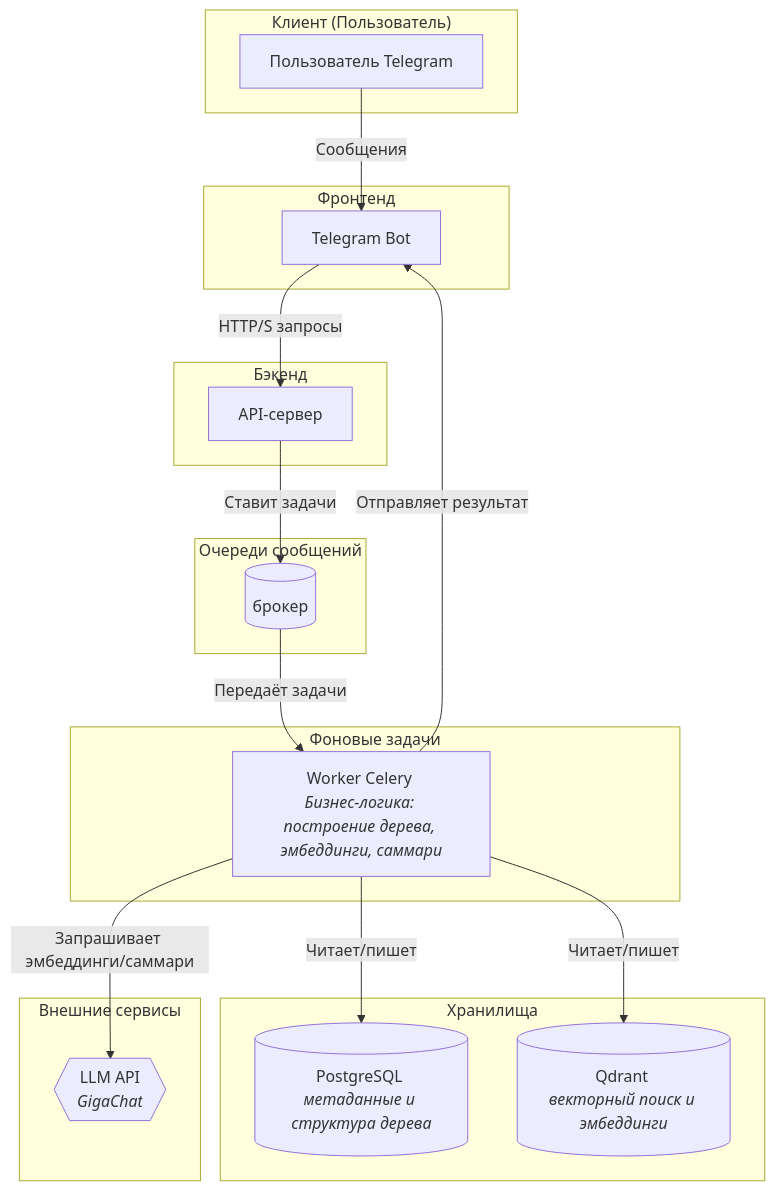
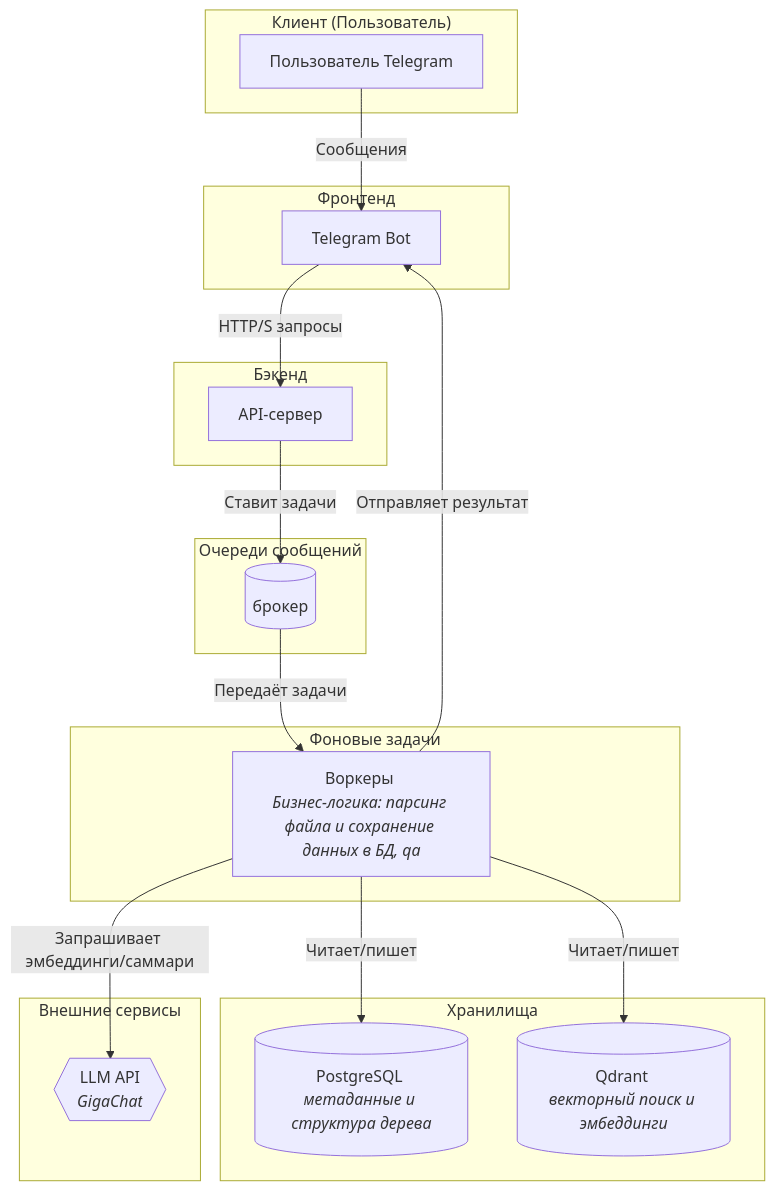
Before and after one commit to patolog123/Analyst-3.0: the diagram in Анастасия_Друзьянова/architect.MD, drawn with Mermaid.

````diff
--- a/Анастасия_Друзьянова/architect.MD
+++ b/Анастасия_Друзьянова/architect.MD
@@ -1,41 +1,41 @@
 ```mermaid
 graph TD
     subgraph "Клиент (Пользователь)"
         A[Пользователь Telegram]
     end
 
     subgraph "Фронтенд"
         B[Telegram Bot]
     end
 
     subgraph "Бэкенд"
         C[API-сервер]
     end
 
     subgraph "Очереди сообщений"
         J[(брокер)]
     end
 
     subgraph "Фоновые задачи"
-        F[Worker Celery <br><i>Бизнес-логика: построение дерева, эмбеддинги, саммари</i>]
+        F[Воркеры <br><i>Бизнес-логика: парсинг файла и сохранение данных в БД, qa</i>]
     end
 
     subgraph "Хранилища"
         G[(PostgreSQL <br><i>метаданные и структура дерева</i>)]
         I[(Qdrant <br><i>векторный поиск и эмбеддинги</i>)]
     end
 
     subgraph "Внешние сервисы"
         H{{LLM API <br><i>GigaChat</i>}}
     end
 
     %% Связи между компонентами
     A -- Сообщения --> B
     B -- HTTP/S запросы --> C
     C -- Ставит задачи --> J
     J -- Передаёт задачи --> F
     F -- Запрашивает эмбеддинги/саммари --> H
     F -- Читает/пишет --> G
     F -- Читает/пишет --> I
     F -- Отправляет результат --> B
 ```
````
